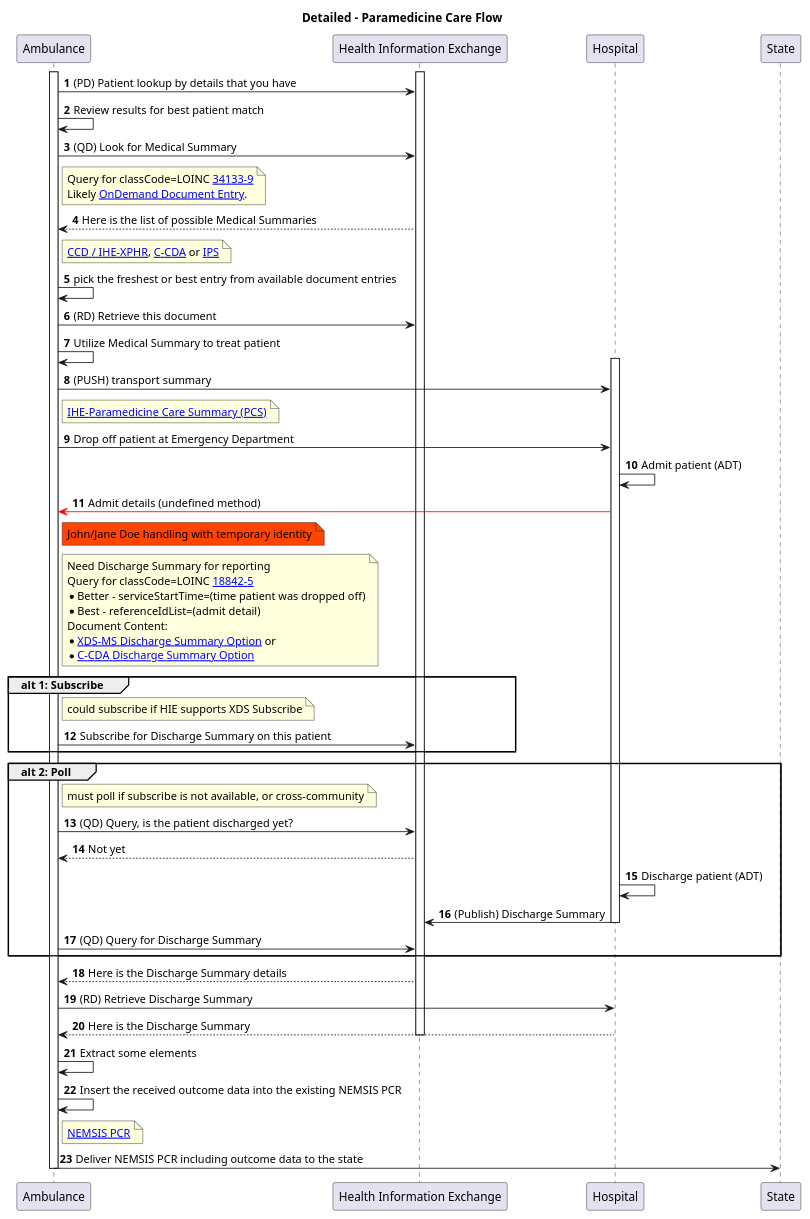
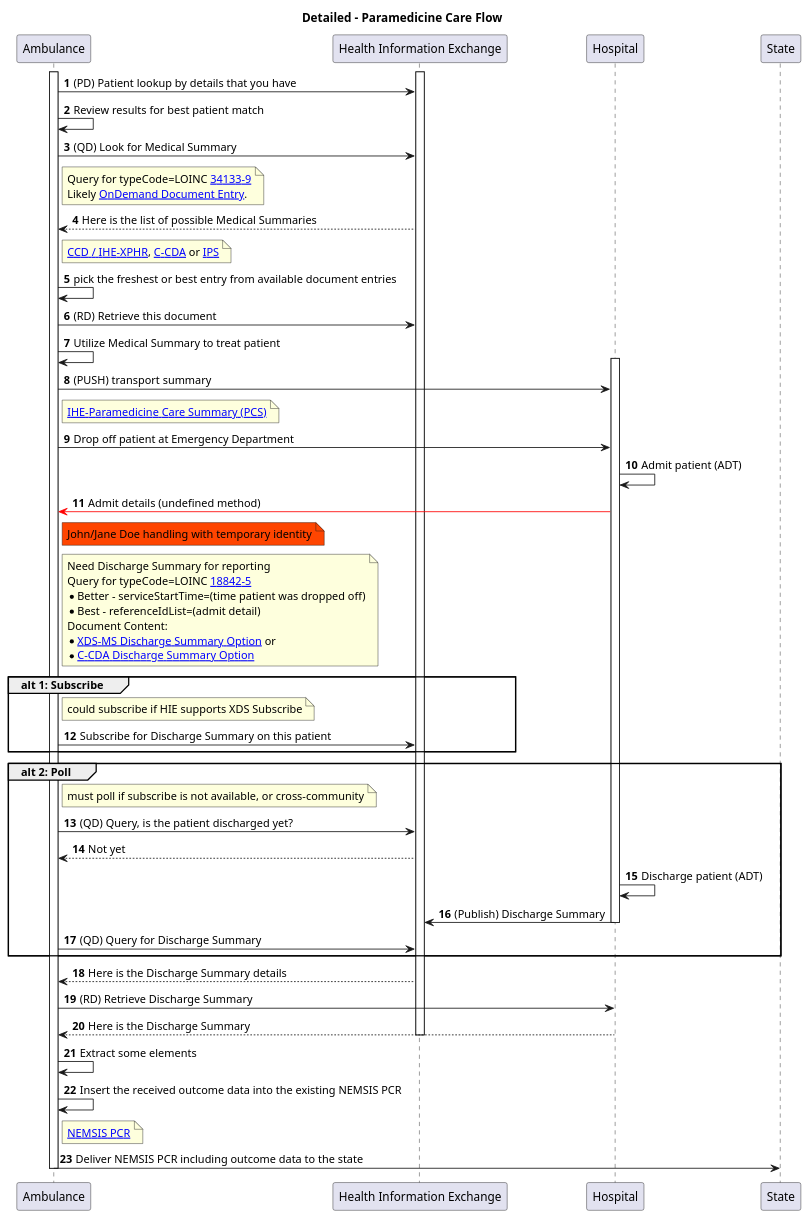
Before and after one commit to IHE/EMS-Overall: the diagram in input/images-source/usecase1-processflow.plantuml, drawn with PlantUML. The commit also changed 2 other files, not shown here.

Commit message:
typeCode not classCode

```diff
--- a/input/images-source/usecase1-processflow.plantuml
+++ b/input/images-source/usecase1-processflow.plantuml
@@ -1,61 +1,61 @@
 @startuml
 skinparam svgDimensionStyle false
 title Detailed - Paramedicine Care Flow
 participant "Ambulance" as Ambulance
 participant "Health Information Exchange" as HIE [[https://profiles.ihe.net/ITI/HIE-Whitepaper/index.html HIE-Whitepaper]]
 autonumber
 activate Ambulance
 activate HIE
 Ambulance -> HIE: (PD) Patient lookup by details that you have
 Ambulance -> Ambulance: Review results for best patient match
 
 Ambulance -> HIE: (QD) Look for Medical Summary
-Note right of Ambulance: Query for classCode=LOINC [[https://loinc.org/34133-9/ 34133-9]]\nLikely [[https://profiles.ihe.net/ITI/HIE-Whitepaper/index.html#212-dynamic-documents OnDemand Document Entry]].
+Note right of Ambulance: Query for typeCode=LOINC [[https://loinc.org/34133-9/ 34133-9]]\nLikely [[https://profiles.ihe.net/ITI/HIE-Whitepaper/index.html#212-dynamic-documents OnDemand Document Entry]].
 Ambulance <-- HIE: Here is the list of possible Medical Summaries
 Note right of Ambulance: [[https://www.ihe.net/uploadedFiles/Documents/PCC/IHE_PCC_TF_Vol1.pdf#nameddest=4_Exchange_of_Personal_Health_R CCD / IHE-XPHR]], [[https://www.hl7.org/ccdasearch/ C-CDA]] or [[https://hl7.org/fhir/uv/ips/ IPS]]
 Ambulance -> Ambulance: pick the freshest or best entry from available document entries
 
 Ambulance -> HIE: (RD) Retrieve this document
 Ambulance -> Ambulance: Utilize Medical Summary to treat patient
 
 activate Hospital
 Ambulance -> Hospital: (PUSH) transport summary 
 Note right of Ambulance: [[https://www.ihe.net//uploadedFiles/Documents/PCC/IHE_PCC_Suppl_PCS.pdf IHE-Paramedicine Care Summary (PCS)]]
 
 Ambulance -> Hospital: Drop off patient at Emergency Department
 
 Hospital-> Hospital: Admit patient (ADT)
 
 Hospital -[#red]> Ambulance: Admit details (undefined method)
 Note right of Ambulance #orangered: John/Jane Doe handling with temporary identity
 
-Note right of Ambulance: Need Discharge Summary for reporting\nQuery for classCode=LOINC [[https://loinc.org/18842-5/ 18842-5]]\n* Better - serviceStartTime=(time patient was dropped off)\n* Best - referenceIdList=(admit detail)\nDocument Content:\n* [[https://www.ihe.net/uploadedFiles/Documents/PCC/IHE_PCC_TF_Vol1.pdf#nameddest=3_4_2_2_Discharge_Summary_Optio XDS-MS Discharge Summary Option]] or \n* [[https://www.hl7.org/ccdasearch/templates/2.16.840.1.113883.10.20.22.1.8.html C-CDA Discharge Summary Option]]
+Note right of Ambulance: Need Discharge Summary for reporting\nQuery for typeCode=LOINC [[https://loinc.org/18842-5/ 18842-5]]\n* Better - serviceStartTime=(time patient was dropped off)\n* Best - referenceIdList=(admit detail)\nDocument Content:\n* [[https://www.ihe.net/uploadedFiles/Documents/PCC/IHE_PCC_TF_Vol1.pdf#nameddest=3_4_2_2_Discharge_Summary_Optio XDS-MS Discharge Summary Option]] or \n* [[https://www.hl7.org/ccdasearch/templates/2.16.840.1.113883.10.20.22.1.8.html C-CDA Discharge Summary Option]]
 group alt 1: Subscribe
     Note right of Ambulance: could subscribe if HIE supports XDS Subscribe
     Ambulance -> HIE: Subscribe for Discharge Summary on this patient 
 end group
 group alt 2: Poll
     Note right of Ambulance: must poll if subscribe is not available, or cross-community
     Ambulance -> HIE: (QD) Query, is the patient discharged yet? 
     Ambulance <-- HIE: Not yet
 
     Hospital -> Hospital: Discharge patient (ADT)
     Hospital -> HIE: (Publish) Discharge Summary
     deactivate Hospital
 
     Ambulance -> HIE: (QD) Query for Discharge Summary
 end group
 Ambulance <-- HIE: Here is the Discharge Summary details
 Ambulance -> Hospital: (RD) Retrieve Discharge Summary
 Ambulance <-- Hospital: Here is the Discharge Summary
 deactivate HIE
 
 
 Ambulance -> Ambulance: Extract some elements
 Ambulance -> Ambulance: Insert the received outcome data into the existing NEMSIS PCR
 Note right of Ambulance: [[https://nemsis.org/technical-resources NEMSIS PCR]]
 Ambulance -> State: Deliver NEMSIS PCR including outcome data to the state
 
 deactivate Ambulance
 
 @enduml
```
